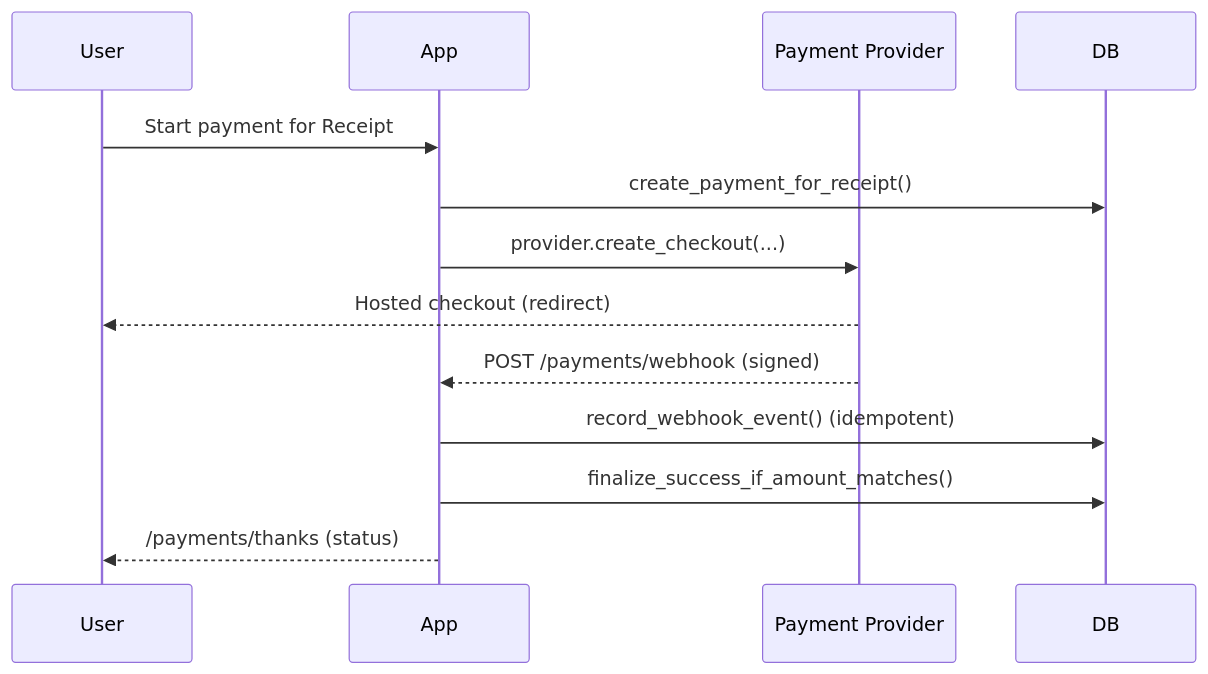
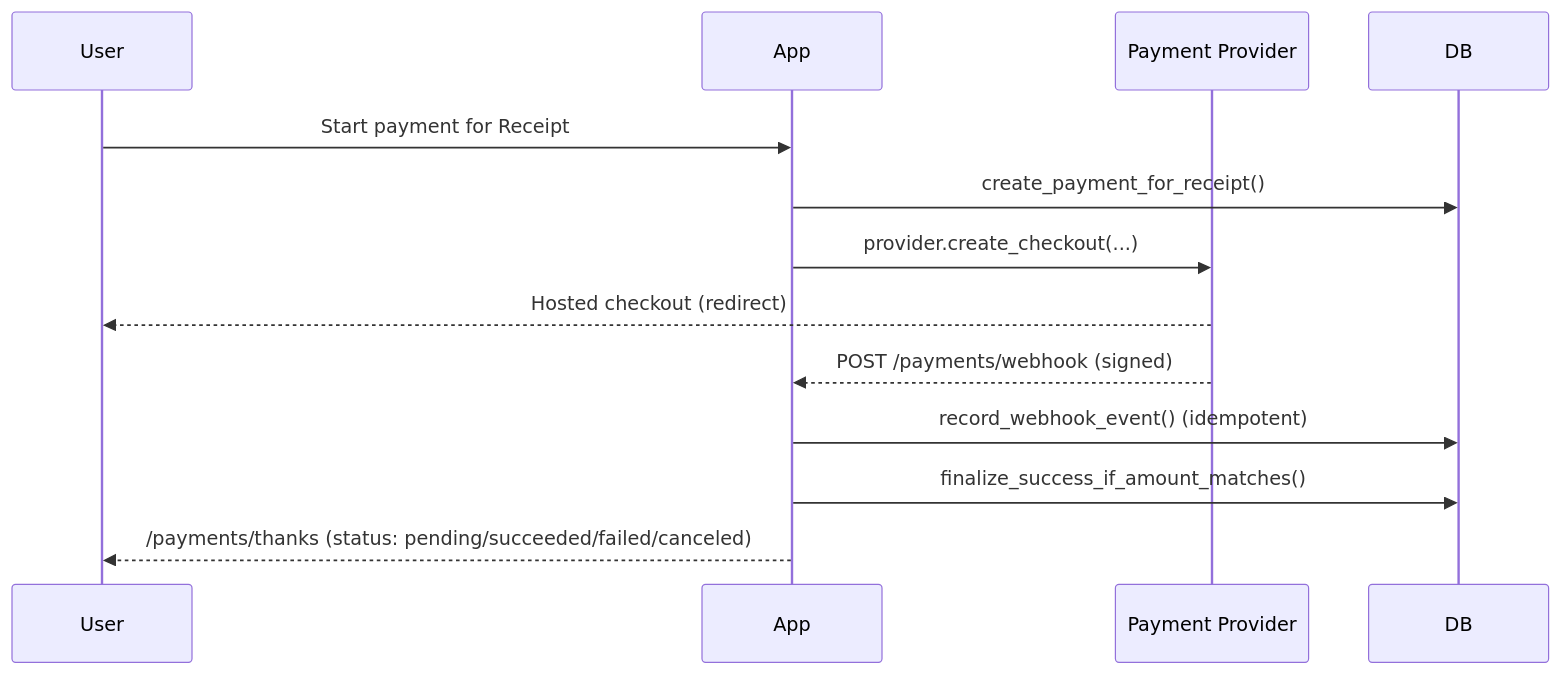
The third of 3 diagrams in docs/index.md (Purinat33/hpc_flask), drawn with Mermaid before and after one commit. The commit also changed other lines of this file and 1 other file, not shown here.

````diff
--- a/docs/index.md
+++ b/docs/index.md
@@ -109,16 +115,16 @@
 ```mermaid
 sequenceDiagram
   participant User
   participant App
   participant Prov as Payment Provider
   participant DB
 
   User->>App: Start payment for Receipt
   App->>DB: create_payment_for_receipt()
   App->>Prov: provider.create_checkout(...)
   Prov-->>User: Hosted checkout (redirect)
   Prov-->>App: POST /payments/webhook (signed)
   App->>DB: record_webhook_event() (idempotent)
   App->>DB: finalize_success_if_amount_matches()
-  App-->>User: /payments/thanks (status)
+  App-->>User: /payments/thanks (status: pending/succeeded/failed/canceled)
 ```
````
